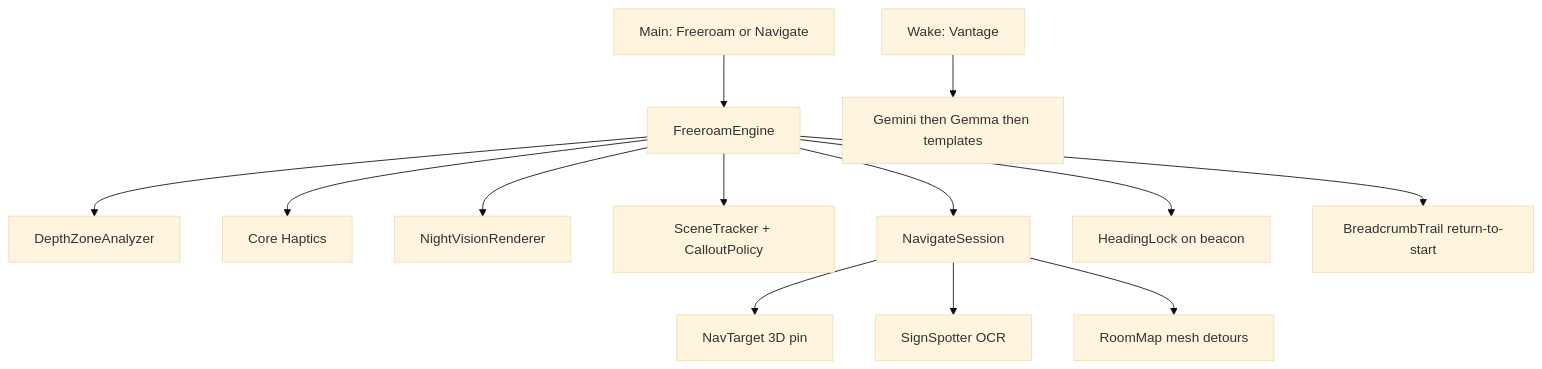
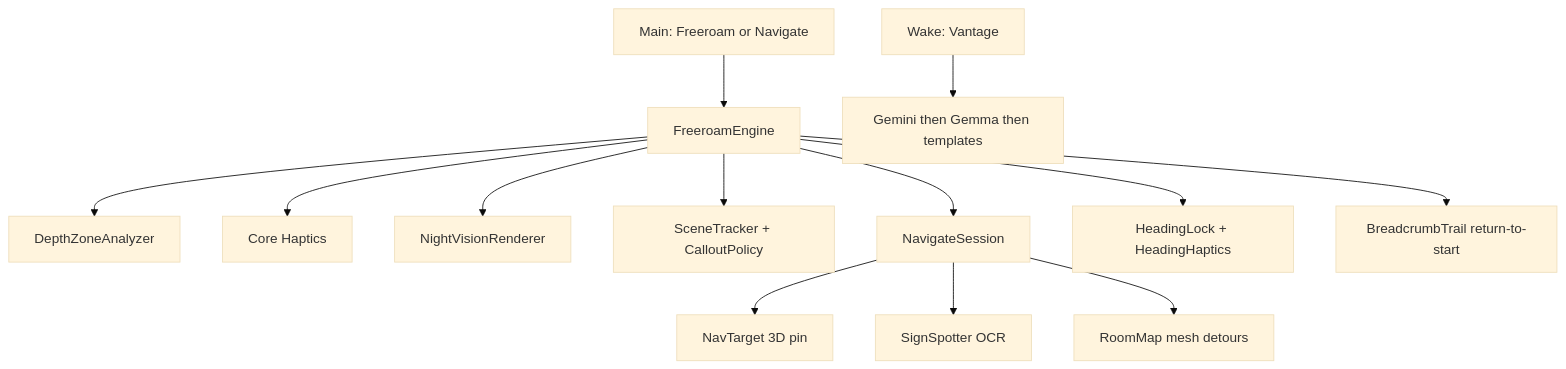
The diagram in PLAN.md (prathamwankhede/Vantage), drawn with Mermaid (base theme) before and after one commit. The commit also changed other lines of this file and 4 other files, not shown here.

````diff
--- a/PLAN.md
+++ b/PLAN.md
@@ -13,15 +13,15 @@
 ```mermaid
 flowchart TD
   Main[Main: Freeroam or Navigate] --> Freeroam[FreeroamEngine]
   Freeroam --> Depth[DepthZoneAnalyzer]
   Freeroam --> Haptics[Core Haptics]
   Freeroam --> NV[NightVisionRenderer]
   Freeroam --> Scene[SceneTracker + CalloutPolicy]
   Freeroam --> Nav[NavigateSession]
   Nav --> Pin[NavTarget 3D pin]
   Nav --> Signs[SignSpotter OCR]
   Nav --> Mesh[RoomMap mesh detours]
-  Freeroam --> Head[HeadingLock on beacon]
+  Freeroam --> Head[HeadingLock + HeadingHaptics]
   Freeroam --> Crumb[BreadcrumbTrail return-to-start]
   Ask[Wake: Vantage] --> SceneAI[Gemini then Gemma then templates]
 ```
````
